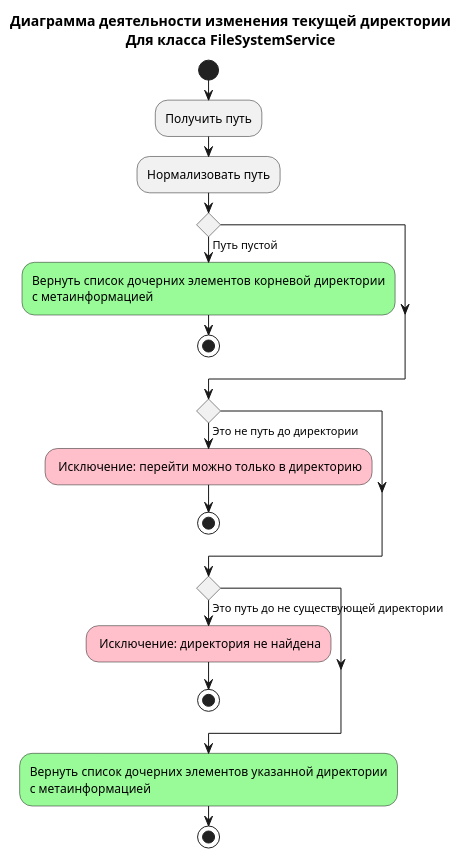
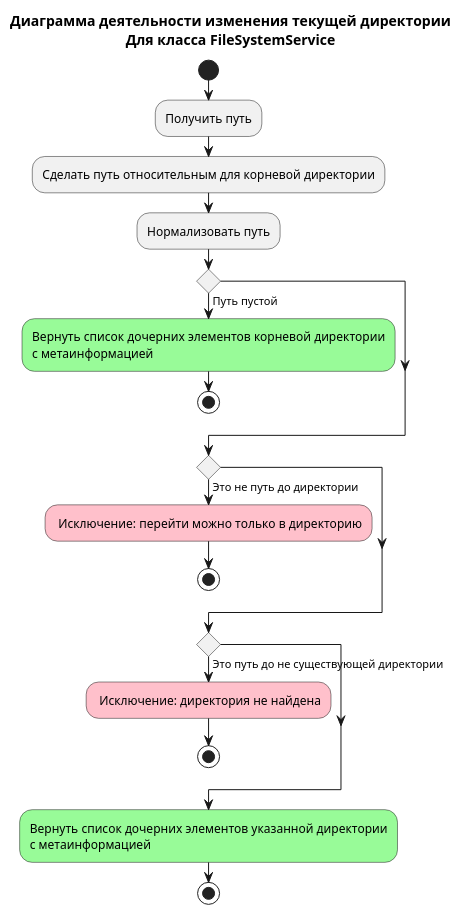
One commit to PavelPutin/Zile-filla changed the diagram in documentation/diagrams/change-dir-activity-diagram.pu. Above: the diagram before and after it, drawn with PlantUML. The commit also changed 1 other file, not shown here.

Commit message:
fix: add action to diagram of change directory activity

```diff
--- a/documentation/diagrams/change-dir-activity-diagram.pu
+++ b/documentation/diagrams/change-dir-activity-diagram.pu
@@ -1,30 +1,31 @@
 @startuml Change dir activity diagram
 title
 Диаграмма деятельности изменения текущей директории
 Для класса FileSystemService
 end title
 
 start
 :Получить путь;
+:Сделать путь относительным для корневой директории;
 :Нормализовать путь;
 
 if () then (Путь пустой)
     #palegreen:Вернуть список дочерних элементов корневой директории\nс метаинформацией;
     stop
 endif
 
 if () then (Это не путь до директории)
     #pink: Исключение: перейти можно только в директорию;
     stop
 endif
 
 if () then (Это путь до не существующей директории)
     #pink: Исключение: директория не найдена;
     stop
 endif
 
 #palegreen:Вернуть список дочерних элементов указанной директории\nс метаинформацией;
 
 stop
 
 @enduml
```
